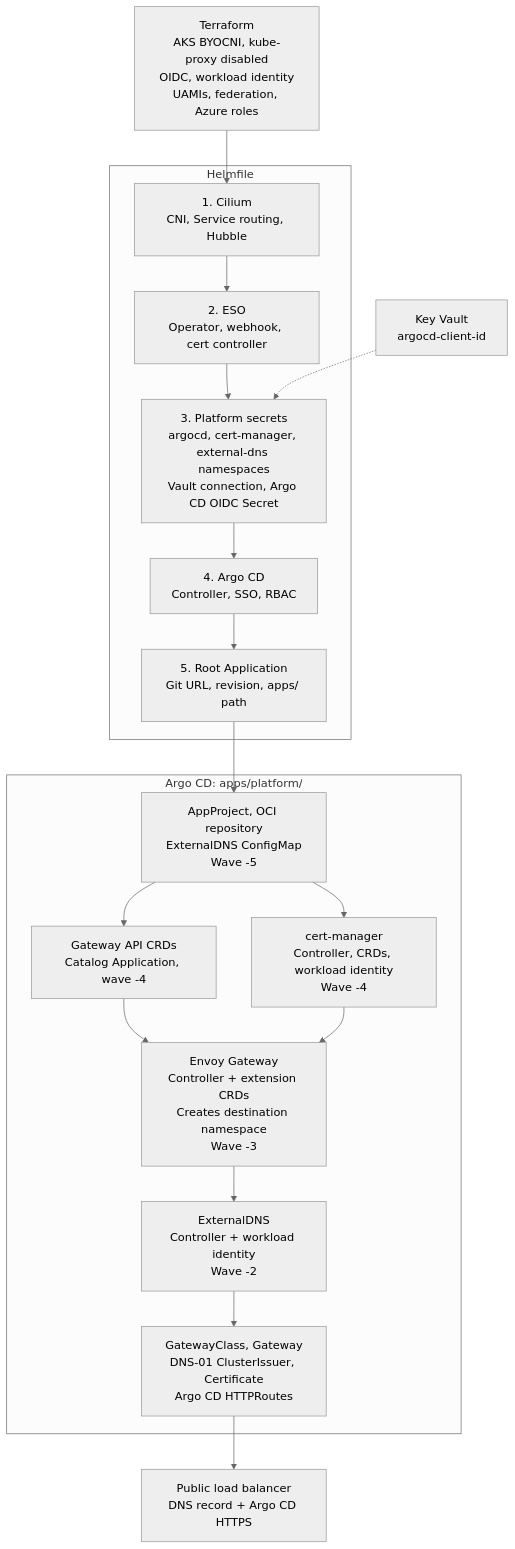
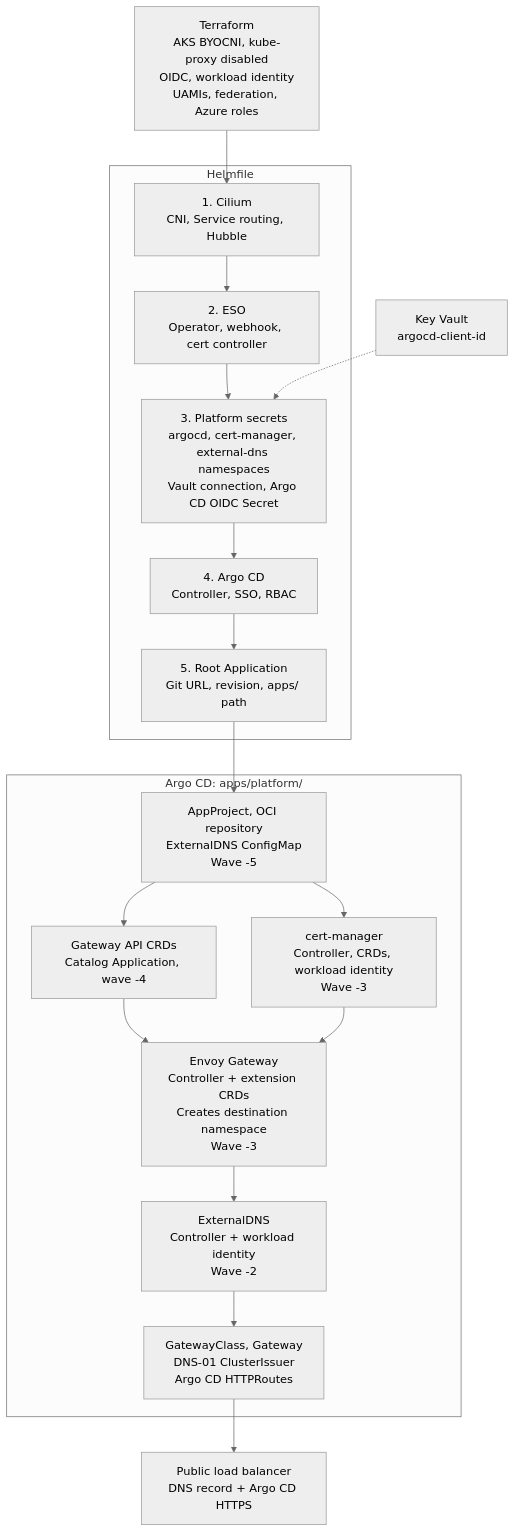
The diagram in clusters/azure/DEV-JKS/dev/uks/sandbox/aks-envoy/bootstrap/README.md (RyanJKS/platform-gitops), drawn with Mermaid (neutral theme) before and after one commit. The commit also changed other lines of this file and 1 other file, not shown here.

````diff
--- a/clusters/azure/DEV-JKS/dev/uks/sandbox/aks-envoy/bootstrap/README.md
+++ b/clusters/azure/DEV-JKS/dev/uks/sandbox/aks-envoy/bootstrap/README.md
@@ -8,30 +8,30 @@
 ```mermaid
 flowchart TD
     T["Terraform<br/>AKS BYOCNI, kube-proxy disabled<br/>OIDC, workload identity<br/>UAMIs, federation, Azure roles"]
 
     subgraph H["Helmfile"]
         C["1. Cilium<br/>CNI, Service routing, Hubble"]
         E["2. ESO<br/>Operator, webhook, cert controller"]
         P["3. Platform secrets<br/>argocd, cert-manager, external-dns namespaces<br/>Vault connection, Argo CD OIDC Secret"]
         A["4. Argo CD<br/>Controller, SSO, RBAC"]
         R["5. Root Application<br/>Git URL, revision, apps/ path"]
         C --> E --> P --> A --> R
     end
 
     subgraph GitOps["Argo CD: apps/platform/"]
         F["AppProject, OCI repository<br/>ExternalDNS ConfigMap<br/>Wave -5"]
         K["Gateway API CRDs<br/>Catalog Application, wave -4"]
-        M["cert-manager<br/>Controller, CRDs, workload identity<br/>Wave -4"]
+        M["cert-manager<br/>Controller, CRDs, workload identity<br/>Wave -3"]
         EG["Envoy Gateway<br/>Controller + extension CRDs<br/>Creates destination namespace<br/>Wave -3"]
         D["ExternalDNS<br/>Controller + workload identity<br/>Wave -2"]
-        W["GatewayClass, Gateway<br/>DNS-01 ClusterIssuer, Certificate<br/>Argo CD HTTPRoutes"]
+        W["GatewayClass, Gateway<br/>DNS-01 ClusterIssuer<br/>Argo CD HTTPRoutes"]
         F --> K --> EG
         F --> M --> EG
         EG --> D --> W
     end
 
     T --> C
     V["Key Vault<br/>argocd-client-id"] -.-> P
     R --> F
     W --> HTTPS["Public load balancer<br/>DNS record + Argo CD HTTPS"]
 ```
````
